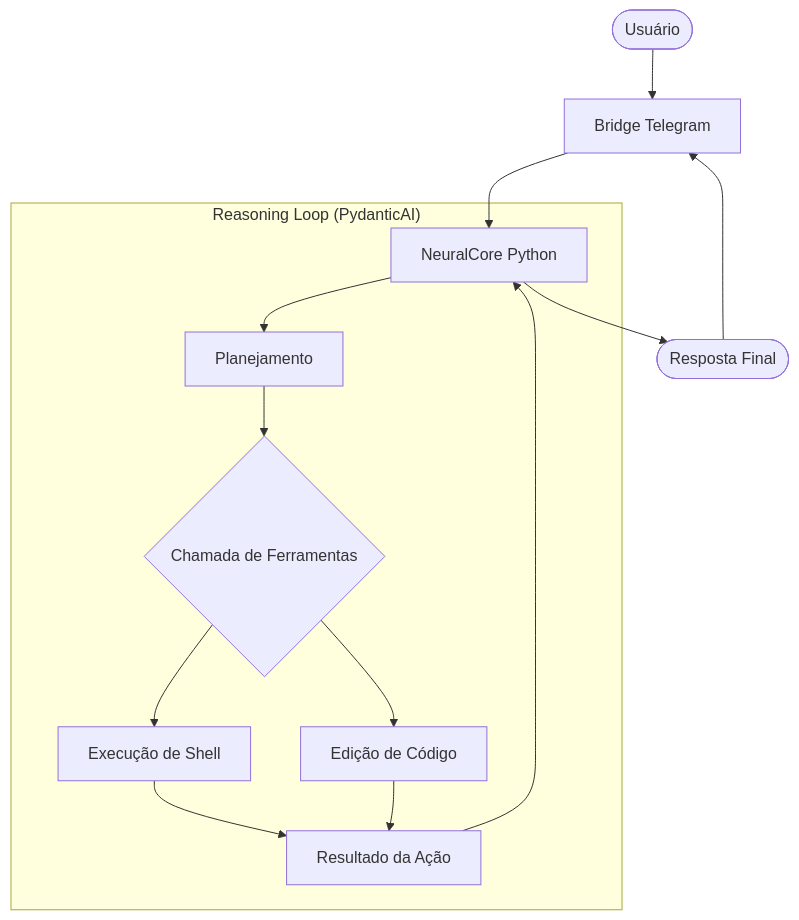
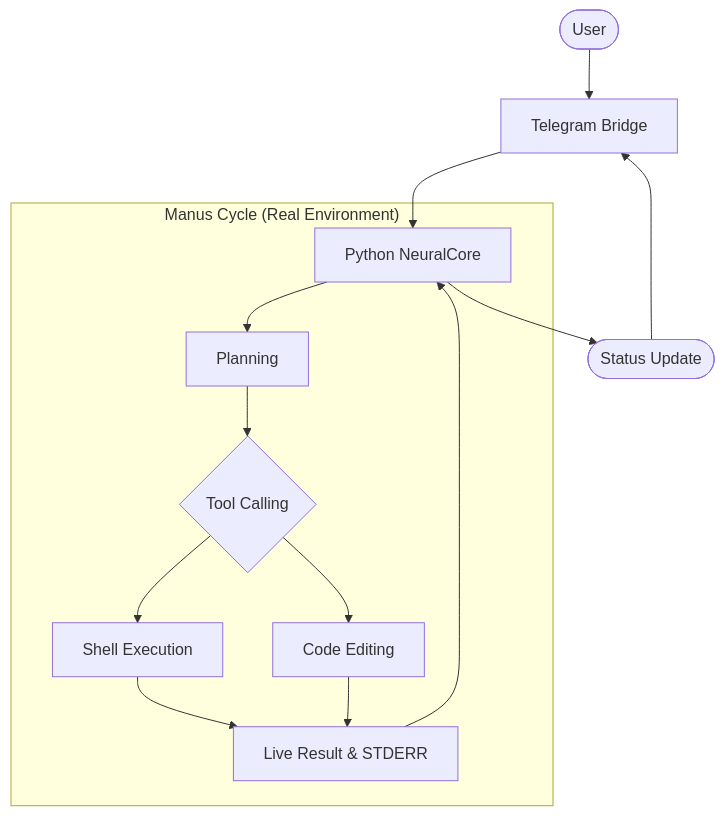
Before and after one commit to nhmatsumoto/ronaldinho-agent: the first of 2 diagrams in README.md, drawn with Mermaid. The commit also changed other lines of this file and 52 other files, not shown here.

````diff
--- a/README.md
+++ b/README.md
@@ -16,18 +17,18 @@
 ```mermaid
 graph TD
-    User([Usuário]) --> Bridge[Bridge Telegram]
-    Bridge --> Core[NeuralCore Python]
+    User([User]) --> Bridge[Telegram Bridge]
+    Bridge --> Core[Python NeuralCore]
 
-    subgraph "Reasoning Loop (PydanticAI)"
-        Core --> Planner[Planejamento]
-        Planner --> Tools{Chamada de Ferramentas}
-        Tools --> Terminal[Execução de Shell]
-        Tools --> Editor[Edição de Código]
-        Terminal --> Result[Resultado da Ação]
+    subgraph "Manus Cycle (Real Environment)"
+        Core --> Planner[Planning]
+        Planner --> Tools{Tool Calling}
+        Tools --> Terminal[Shell Execution]
+        Tools --> Editor[Code Editing]
+        Terminal --> Result[Live Result & STDERR]
         Editor --> Result
         Result --> Core
     end
 
-    Core --> FinalResp([Resposta Final])
+    Core --> FinalResp([Status Update])
     FinalResp --> Bridge
 ```
````
